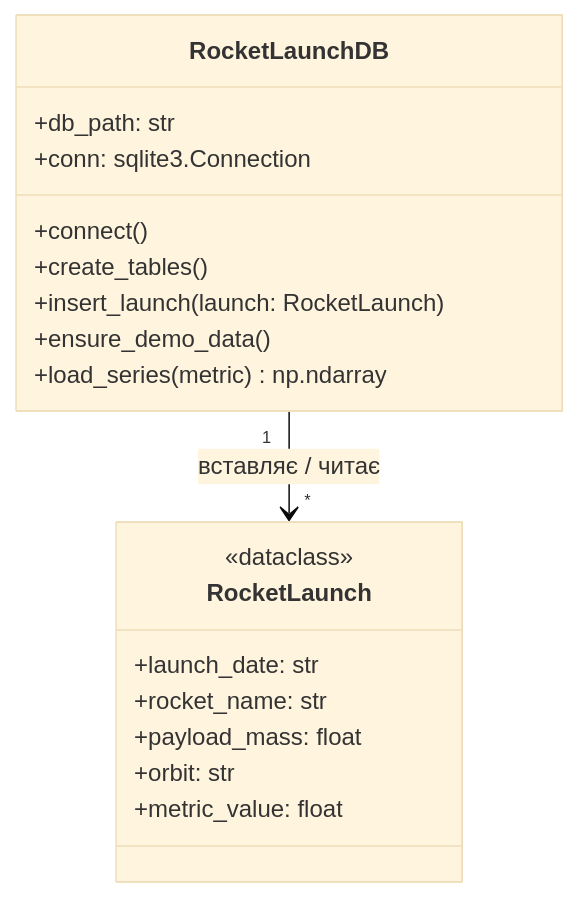
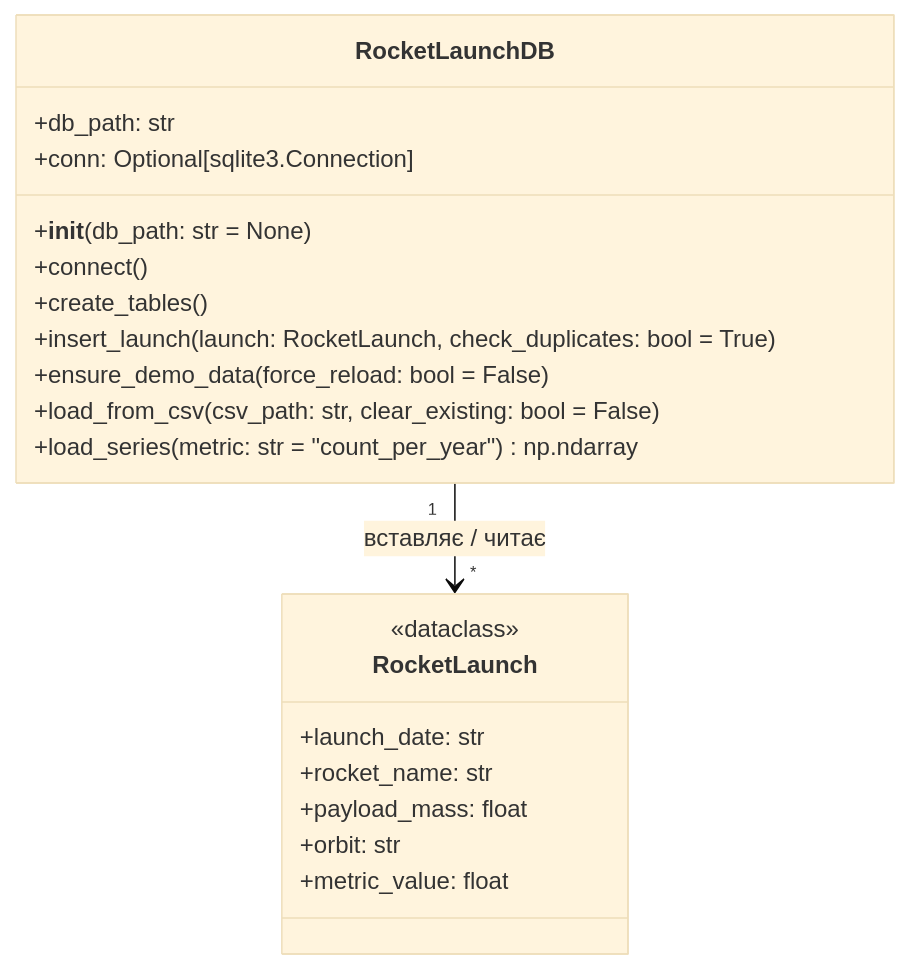
The diagram in diagrams/uml_db_detail.mmd (tsybtw/ssa-arima), drawn with Mermaid (base theme) before and after one commit. The commit also changed 2 other files, not shown here.

Commit message:
diagrams

```diff
--- a/diagrams/uml_db_detail.mmd
+++ b/diagrams/uml_db_detail.mmd
@@ -1,23 +1,25 @@
 classDiagram
     %% Деталізована діаграма класів для модуля роботи з БД запусків ракет
 
     class RocketLaunch {
         <<dataclass>>
         +launch_date: str
         +rocket_name: str
         +payload_mass: float
         +orbit: str
         +metric_value: float
     }
 
     class RocketLaunchDB {
         +db_path: str
-        +conn: sqlite3.Connection
+        +conn: Optional[sqlite3.Connection]
+        +__init__(db_path: str = None)
         +connect()
         +create_tables()
-        +insert_launch(launch: RocketLaunch)
-        +ensure_demo_data()
-        +load_series(metric) np.ndarray
+        +insert_launch(launch: RocketLaunch, check_duplicates: bool = True)
+        +ensure_demo_data(force_reload: bool = False)
+        +load_from_csv(csv_path: str, clear_existing: bool = False)
+        +load_series(metric: str = "count_per_year") np.ndarray
     }
 
     RocketLaunchDB "1" --> "*" RocketLaunch : вставляє / читає
```
